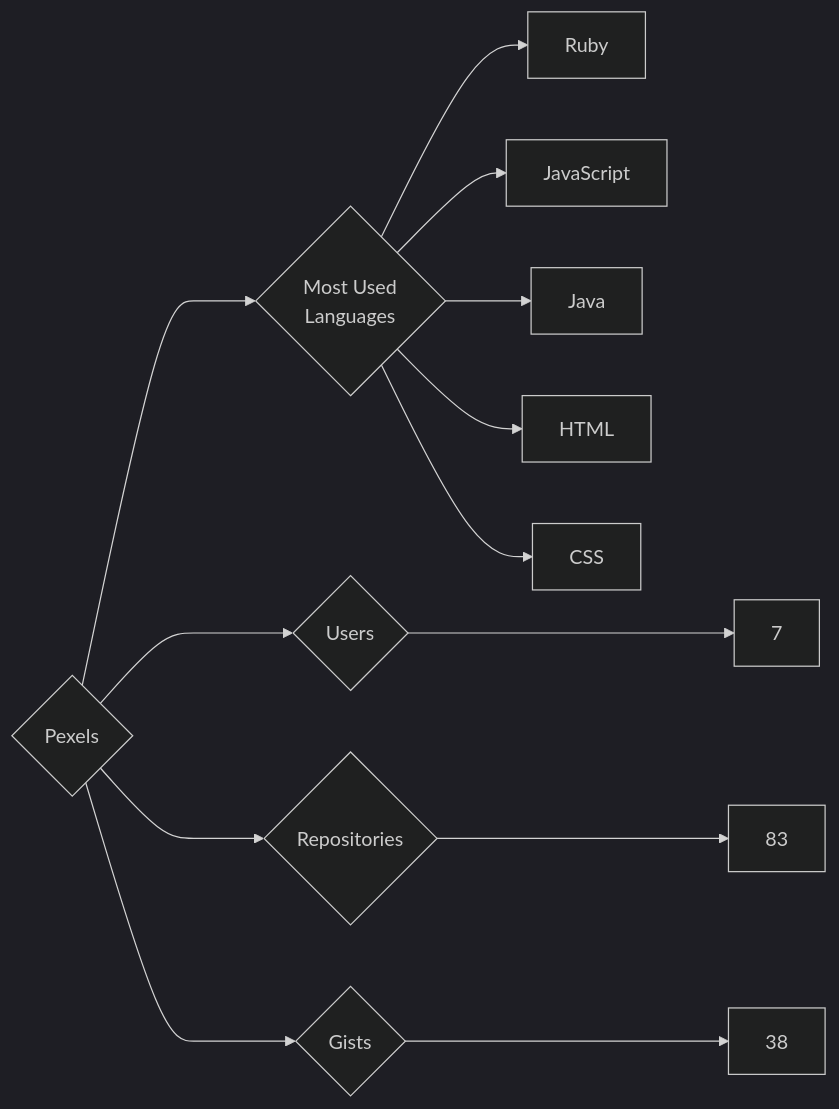
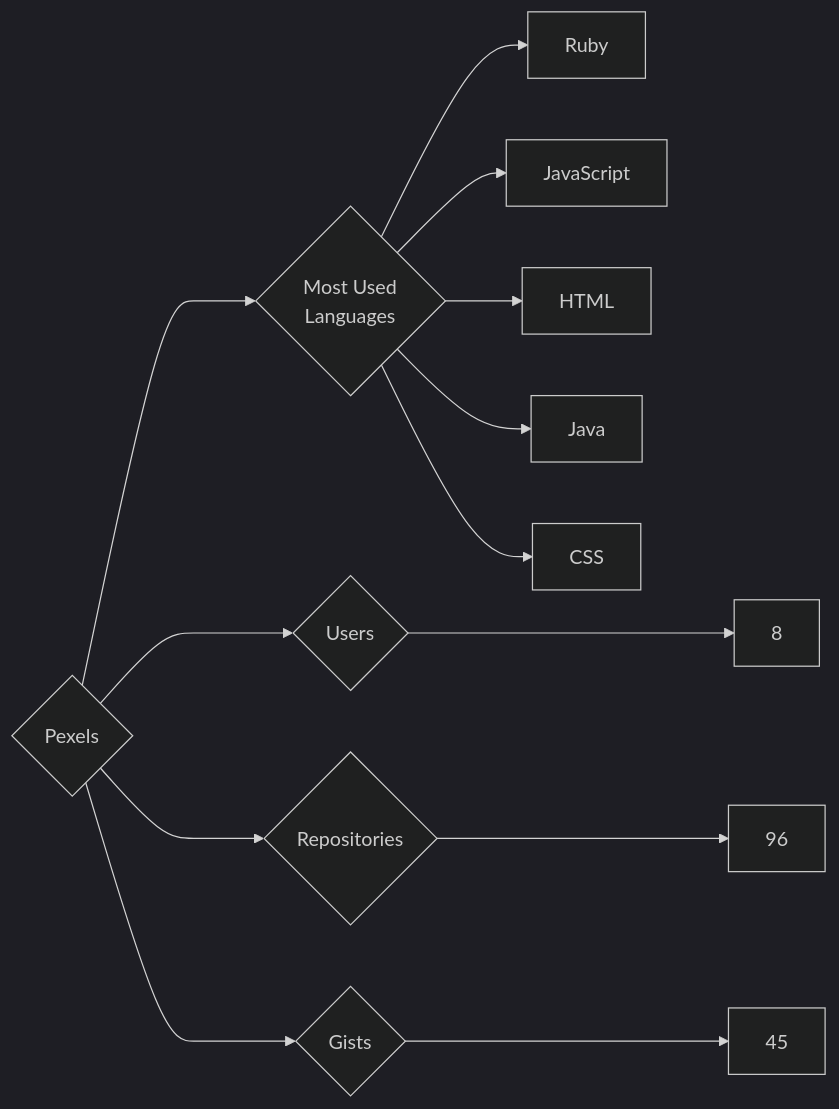
Before and after one commit to trickest/insiders: the diagram in targets/Pexels/README.md, drawn with Mermaid (dark theme). The commit also changed 833 other files, not shown here.

````diff
--- a/targets/Pexels/README.md
+++ b/targets/Pexels/README.md
@@ -3,13 +3,13 @@
 ```mermaid
 graph LR
 COMPANY_NAME{Pexels}
-COMPANY_NAME ---> U{Users} ---> UN[7]
-COMPANY_NAME ---> R{Repositories} ---> RN[83]
-COMPANY_NAME ---> G{Gists} ---> GN[38]
+COMPANY_NAME ---> U{Users} ---> UN[8]
+COMPANY_NAME ---> R{Repositories} ---> RN[96]
+COMPANY_NAME ---> G{Gists} ---> GN[45]
 COMPANY_NAME ---> ML{Most Used<br>Languages}
 ML --> Ruby[Ruby]
 ML --> JavaScript[JavaScript]
+ML --> HTML[HTML]
 ML --> Java[Java]
-ML --> HTML[HTML]
 ML --> CSS[CSS]
 ```
````
